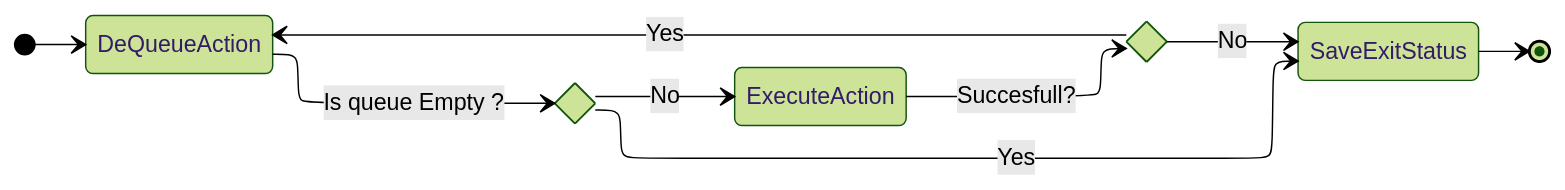
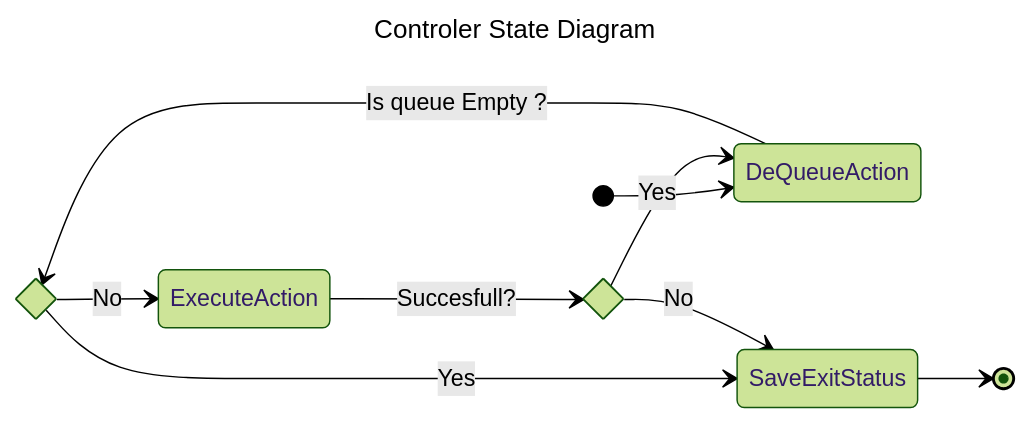
One commit to daviddans/GEI-FIC4-ROBO changed the diagram in Docs/ControllerFlowDiagram.mmd. Above: the diagram before and after it, drawn with Mermaid (forest theme).

Commit message:
Fix title in ControllerFlowDiagram.mmd

```diff
--- a/Docs/ControllerFlowDiagram.mmd
+++ b/Docs/ControllerFlowDiagram.mmd
@@ -1,19 +1,18 @@
 ---
-config:
-  layout: elk
+title: Controler State Diagram
 ---
 stateDiagram
   direction LR
   state s5 <<choice>>
   state s12 <<choice>>
   [*] --> s1
   s1 --> s5:Is queue Empty ?
   s5 --> s2:No
   s10 --> [*]
   s5 --> s10:Yes
   s2 --> s12:Succesfull?
   s12 --> s1:Yes
   s12 --> s10:No
   s1:DeQueueAction
   s2:ExecuteAction
   s10:SaveExitStatus
```
